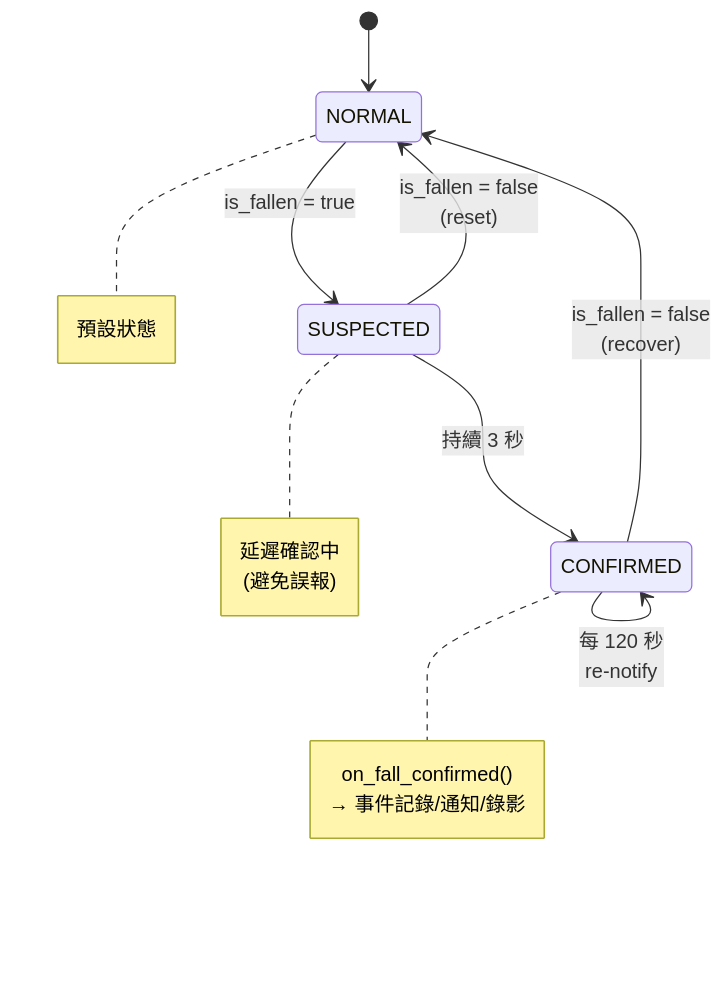
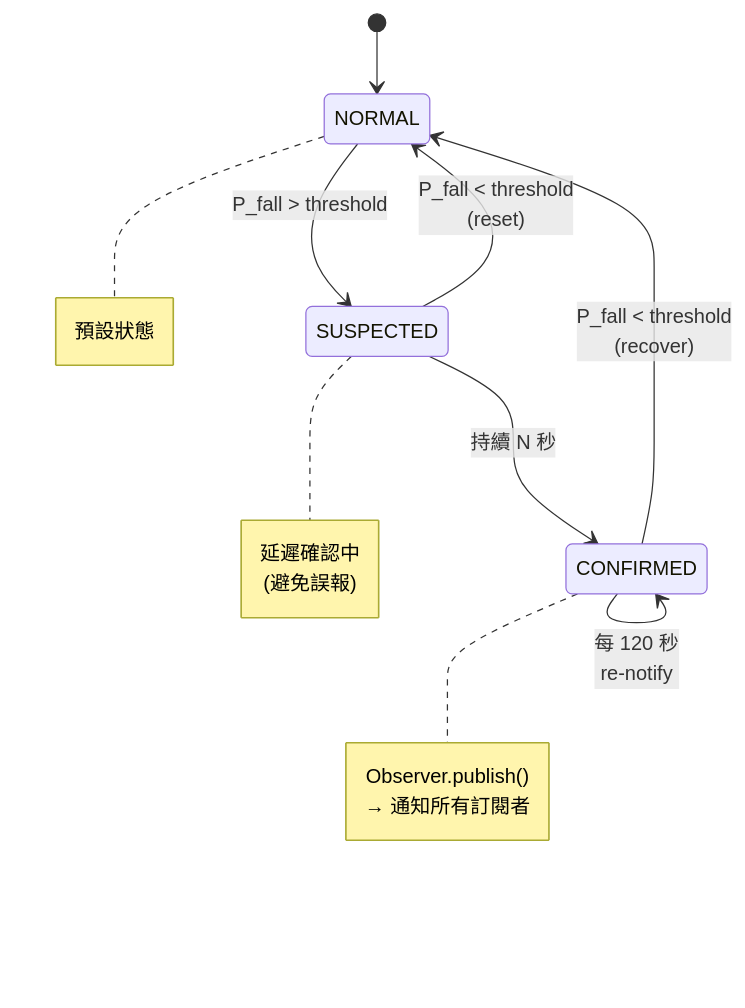
The eighth of 10 diagrams in docs/ARCHITECTURE.md (kionce57/FDS), drawn with Mermaid before and after one commit. The commit also changed other lines of this file and 4 other files, not shown here.

First line of the commit message:
docs: add dual-pipeline architecture and future design drafts

````diff
--- a/docs/ARCHITECTURE.md
+++ b/docs/ARCHITECTURE.md
@@ -216,14 +376,14 @@
 ```mermaid
 stateDiagram-v2
     [*] --> NORMAL
 
-    NORMAL --> SUSPECTED : is_fallen = true
-    SUSPECTED --> NORMAL : is_fallen = false<br/>(reset)
-    SUSPECTED --> CONFIRMED : 持續 3 秒
-    CONFIRMED --> NORMAL : is_fallen = false<br/>(recover)
+    NORMAL --> SUSPECTED : P_fall > threshold
+    SUSPECTED --> NORMAL : P_fall < threshold<br/>(reset)
+    SUSPECTED --> CONFIRMED : 持續 N 秒
+    CONFIRMED --> NORMAL : P_fall < threshold<br/>(recover)
     CONFIRMED --> CONFIRMED : 每 120 秒<br/>re-notify
 
     note right of NORMAL : 預設狀態
     note right of SUSPECTED : 延遲確認中<br/>(避免誤報)
-    note right of CONFIRMED : on_fall_confirmed()<br/>→ 事件記錄/通知/錄影
+    note right of CONFIRMED : Observer.publish()<br/>→ 通知所有訂閱者
 ```
````
